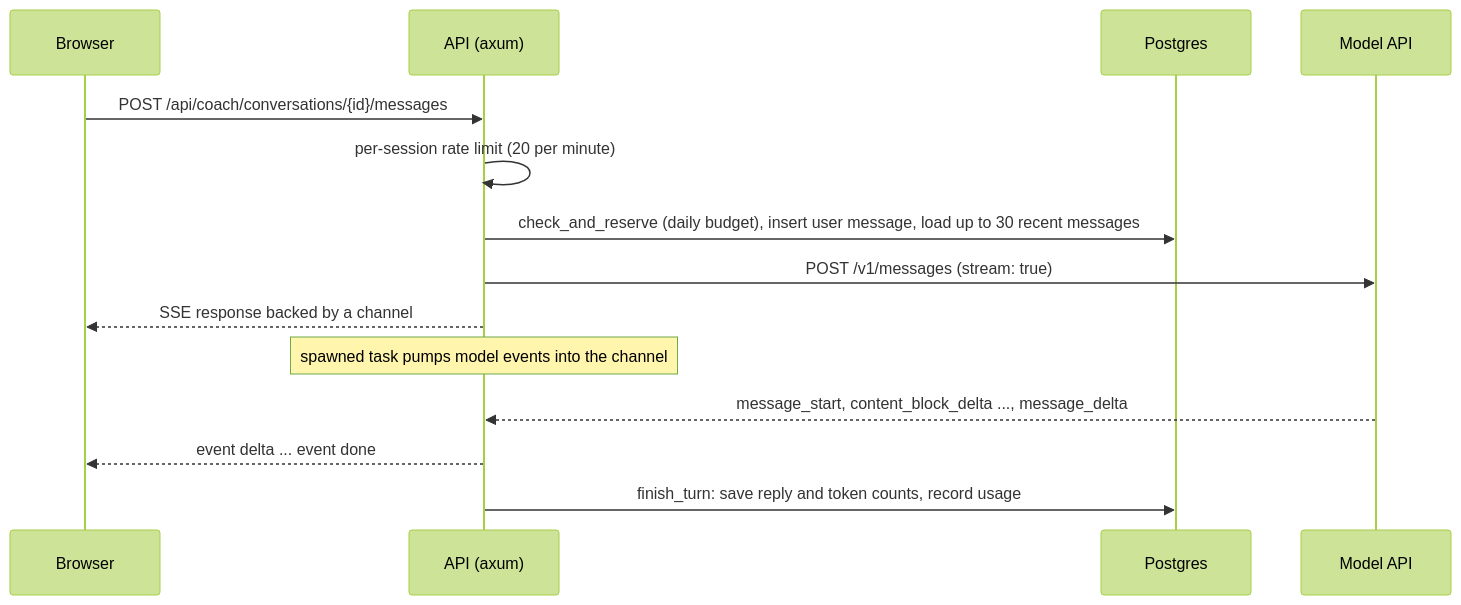
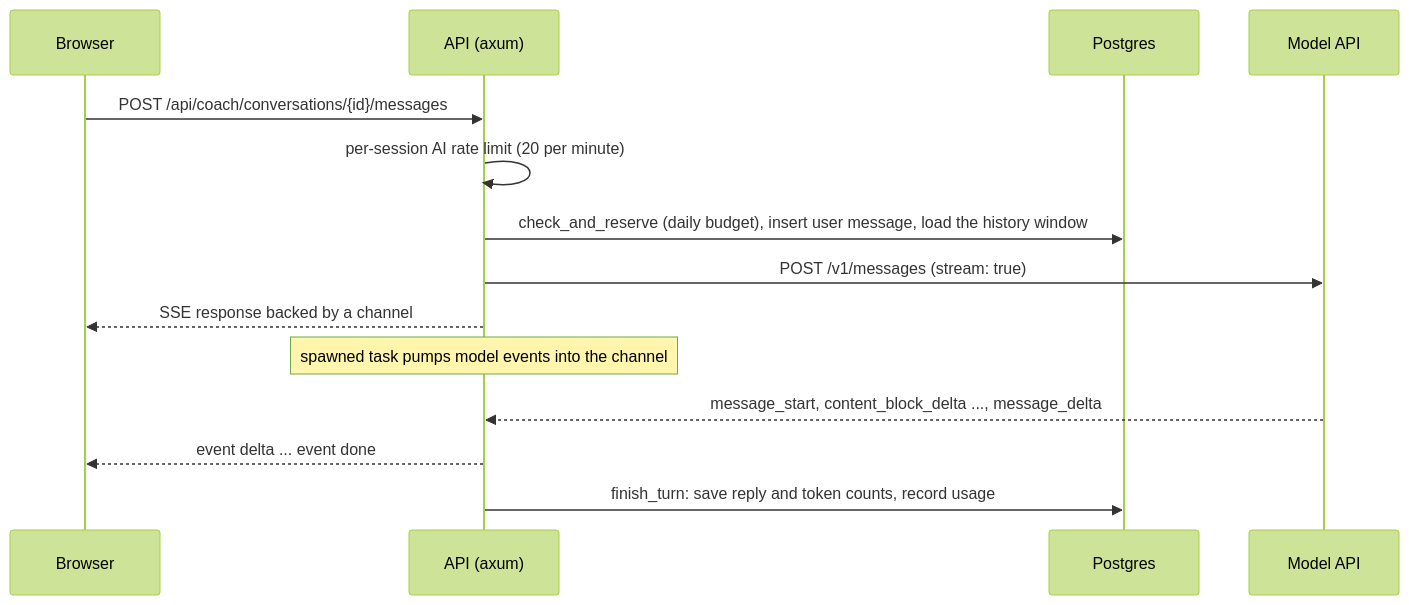
Before and after one commit to thull32/ascend: the diagram in content/tracks/11-ai-and-llms/03-building-with-llms/07-llm-system-design.md, drawn with Mermaid (forest theme). The commit also changed other lines of this file and 12 other files, not shown here.

````diff
--- a/content/tracks/11-ai-and-llms/03-building-with-llms/07-llm-system-design.md
+++ b/content/tracks/11-ai-and-llms/03-building-with-llms/07-llm-system-design.md
@@ -39,16 +53,16 @@
 ```mermaid
 sequenceDiagram
   participant B as Browser
   participant A as API (axum)
   participant D as Postgres
   participant M as Model API
   B->>A: POST /api/coach/conversations/{id}/messages
-  A->>A: per-session rate limit (20 per minute)
-  A->>D: check_and_reserve (daily budget), insert user message, load up to 30 recent messages
+  A->>A: per-session AI rate limit (20 per minute)
+  A->>D: check_and_reserve (daily budget), insert user message, load the history window
   A->>M: POST /v1/messages (stream: true)
   A-->>B: SSE response backed by a channel
   Note over A: spawned task pumps model events into the channel
   M-->>A: message_start, content_block_delta ..., message_delta
   A-->>B: event delta ... event done
   A->>D: finish_turn: save reply and token counts, record usage
 ```
````
